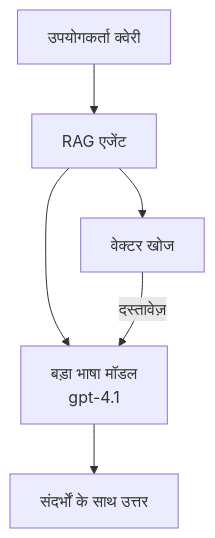
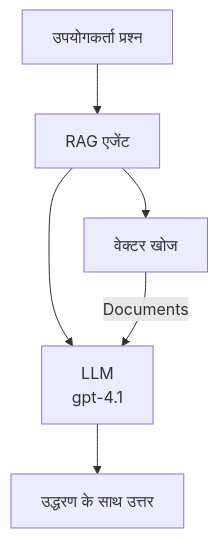
The second of 3 diagrams in translations/hi/docs/chapter-02-ai-development/agents.md (microsoft/AZD-for-beginners), drawn with Mermaid before and after one commit. The commit also changed other lines of this file and 60 other files, not shown here.

````diff
--- a/translations/hi/docs/chapter-02-ai-development/agents.md
+++ b/translations/hi/docs/chapter-02-ai-development/agents.md
@@ -181,8 +181,8 @@
 ```mermaid
 graph TD
-    Query[उपयोगकर्ता क्वेरी] --> RAG[RAG एजेंट]
+    Query[उपयोगकर्ता प्रश्न] --> RAG[RAG एजेंट]
     RAG --> Vector[वेक्टर खोज]
-    RAG --> LLM[बड़ा भाषा मॉडल<br/>gpt-4.1]
-    Vector -- दस्तावेज़ --> LLM
-    LLM --> Response[संदर्भों के साथ उत्तर]
+    RAG --> LLM[LLM<br/>gpt-4.1]
+    Vector -- Documents --> LLM
+    LLM --> Response[उद्धरण के साथ उत्तर]
 ```
````
